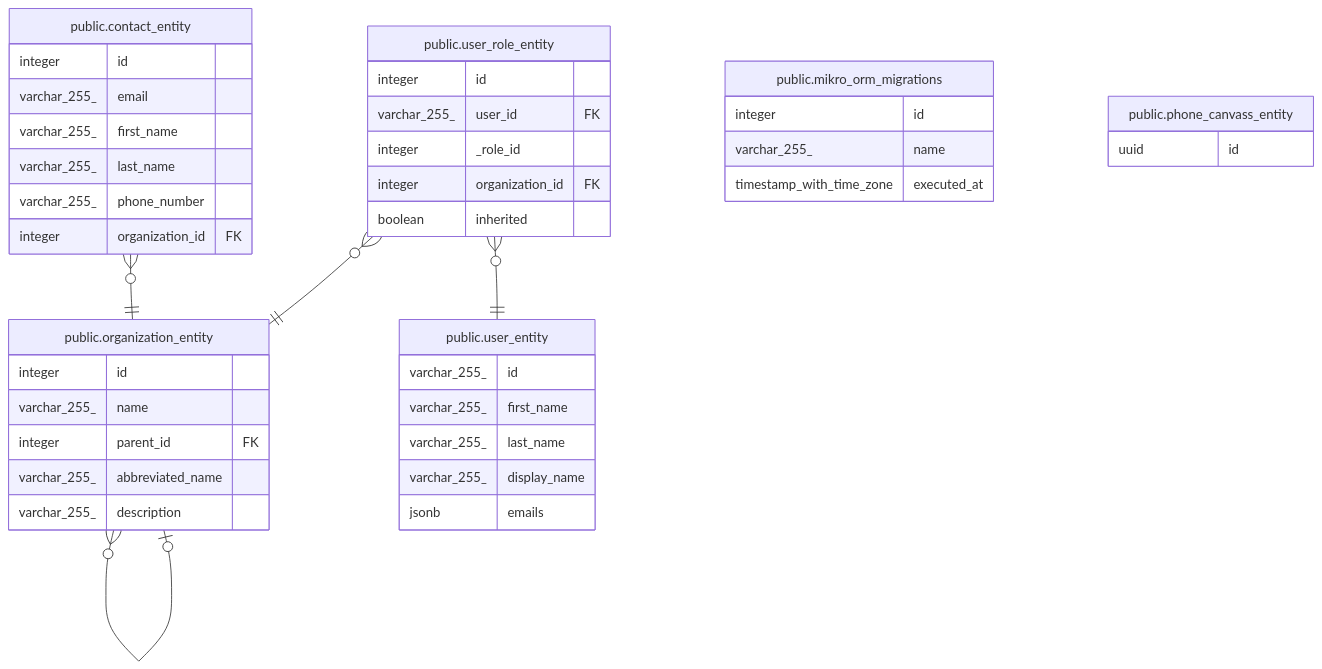
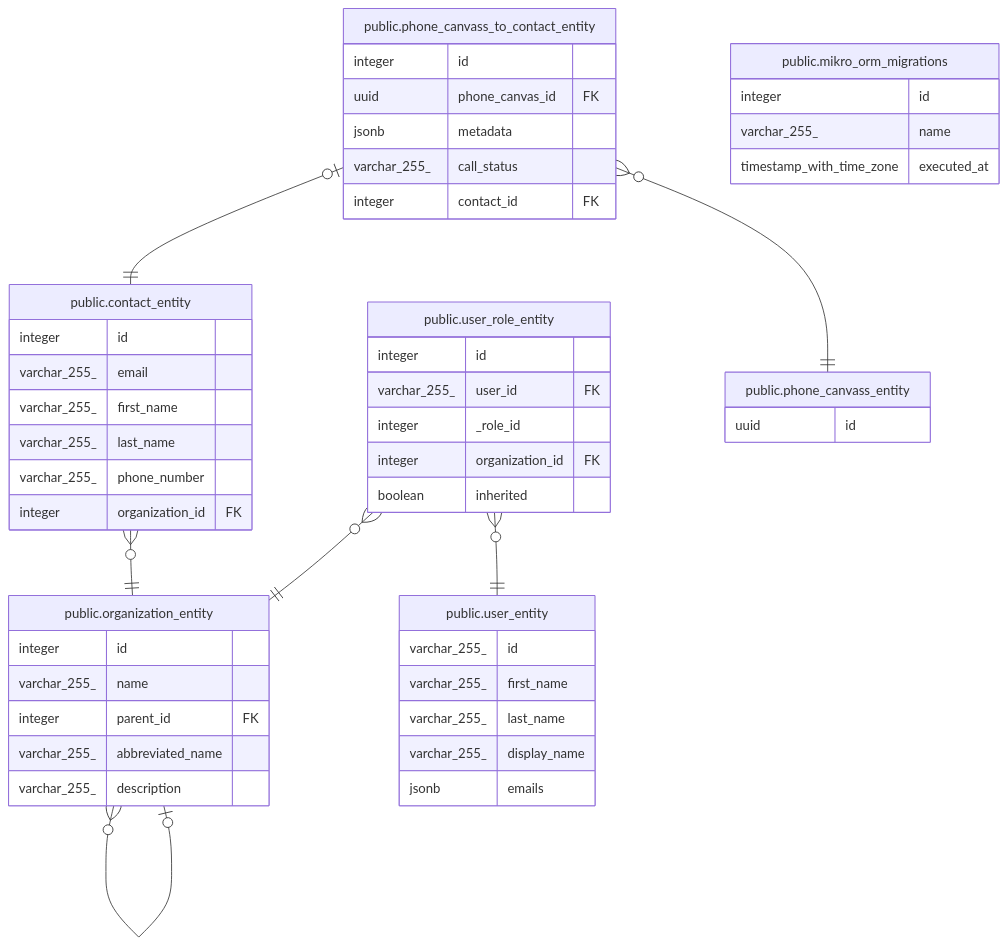
One commit to gpo/grassroots changed the diagram in doc/schema/README.md. Above: the diagram before and after it, drawn with Mermaid. The commit also changed other lines of this file and 6 other files, not shown here.

````diff
--- a/doc/schema/README.md
+++ b/doc/schema/README.md
@@ -16,46 +17,55 @@
 ```mermaid
 erDiagram
 
 "public.organization_entity" }o--o| "public.organization_entity" : ""
 "public.contact_entity" }o--|| "public.organization_entity" : ""
 "public.user_role_entity" }o--|| "public.user_entity" : ""
 "public.user_role_entity" }o--|| "public.organization_entity" : ""
+"public.phone_canvass_to_contact_entity" |o--|| "public.contact_entity" : ""
+"public.phone_canvass_to_contact_entity" }o--|| "public.phone_canvass_entity" : ""
 
 "public.mikro_orm_migrations" {
   integer id
   varchar_255_ name
   timestamp_with_time_zone executed_at
 }
 "public.user_entity" {
   varchar_255_ id
   varchar_255_ first_name
   varchar_255_ last_name
   varchar_255_ display_name
   jsonb emails
 }
 "public.organization_entity" {
   integer id
   varchar_255_ name
   integer parent_id FK
   varchar_255_ abbreviated_name
   varchar_255_ description
 }
 "public.contact_entity" {
   integer id
   varchar_255_ email
   varchar_255_ first_name
   varchar_255_ last_name
   varchar_255_ phone_number
   integer organization_id FK
 }
 "public.user_role_entity" {
   integer id
   varchar_255_ user_id FK
   integer _role_id
   integer organization_id FK
   boolean inherited
 }
 "public.phone_canvass_entity" {
   uuid id
 }
+"public.phone_canvass_to_contact_entity" {
+  integer id
+  uuid phone_canvas_id FK
+  jsonb metadata
+  varchar_255_ call_status
+  integer contact_id FK
+}
 ```
````
